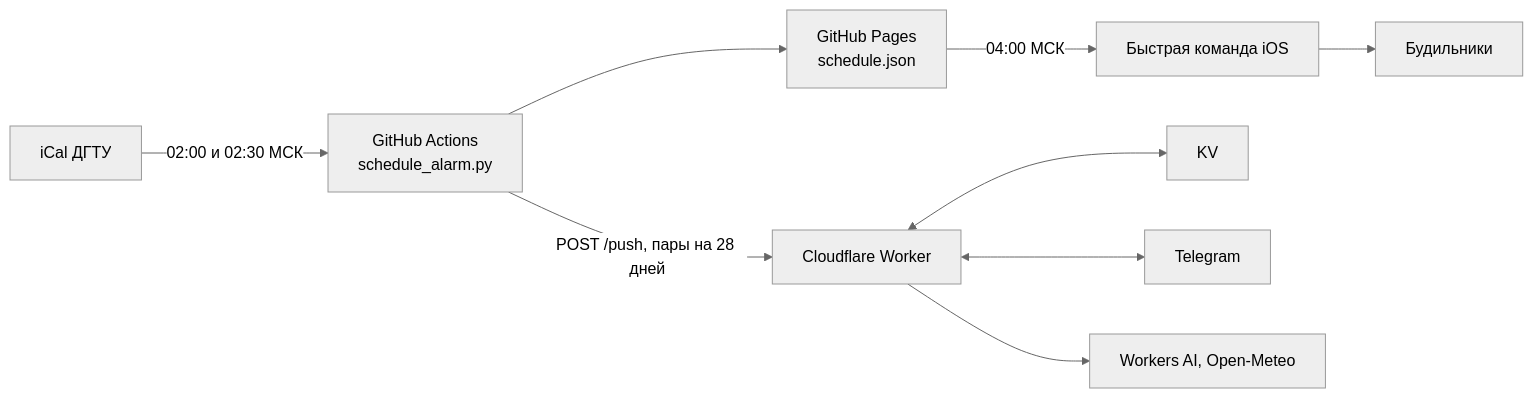
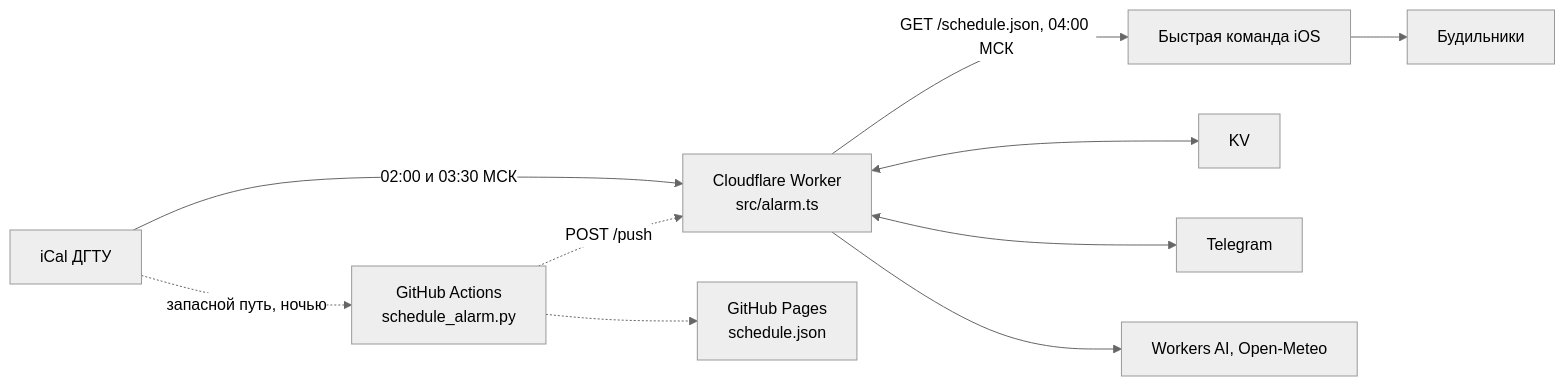
Before and after one commit to ekwsod/DONSTU_ICAL_URL: the diagram in README.md, drawn with Mermaid (neutral theme). The commit also changed other lines of this file and 11 other files, not shown here.

First line of the commit message:
feat(bot): Worker computes the iPhone alarm itself at night

````diff
--- a/README.md
+++ b/README.md
@@ -12,11 +12,12 @@
 ```mermaid
 flowchart LR
-    A["iCal ДГТУ"] -->|"02:00 и 02:30 МСК"| B["GitHub Actions<br/>schedule_alarm.py"]
-    B --> C["GitHub Pages<br/>schedule.json"]
-    C -->|"04:00 МСК"| D["Быстрая команда iOS"]
+    A["iCal ДГТУ"] -->|"02:00 и 03:30 МСК"| F["Cloudflare Worker<br/>src/alarm.ts"]
+    F -->|"GET /schedule.json, 04:00 МСК"| D["Быстрая команда iOS"]
     D --> E["Будильники"]
-    B -->|"POST /push, пары на 28 дней"| F["Cloudflare Worker"]
+    A -.->|"запасной путь, ночью"| B["GitHub Actions<br/>schedule_alarm.py"]
+    B -.-> C["GitHub Pages<br/>schedule.json"]
+    B -.->|"POST /push"| F
     F <--> G["KV"]
     F <--> H["Telegram"]
     F --> I["Workers AI, Open-Meteo"]
 ```
````
